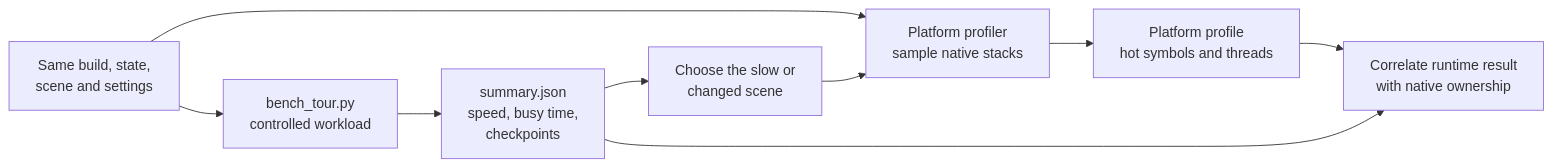
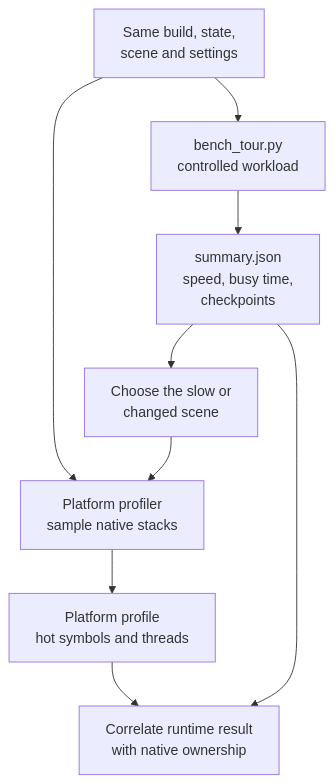
One commit to Aelbannan/boat_of_daphnes changed the second of 5 diagrams in docs/performance/Overview.md. Above: the diagram before and after it, drawn with Mermaid. The commit also changed other lines of this file, not shown here.

Commit message:
docs: prevent performance diagram truncation

````diff
--- a/docs/performance/Overview.md
+++ b/docs/performance/Overview.md
@@ -76,15 +82,23 @@
 ```mermaid
-flowchart LR
-    Inputs["Same build, state,<br/>scene and settings"]
-    Tour["bench_tour.py<br/>controlled workload"]
-    Summary["summary.json<br/>speed, busy time,<br/>checkpoints"]
-    Choose["Choose the slow or<br/>changed scene"]
-    Profile["Platform profiler<br/>sample native stacks"]
-    Hotspots["Platform profile<br/>hot symbols and threads"]
-    Diagnose["Correlate runtime result<br/>with native ownership"]
+flowchart TD
+    Inputs["`Same build, state,
+scene and settings`"]
+    Tour["`bench_tour.py
+controlled workload`"]
+    Summary["`summary.json
+speed, busy time,
+checkpoints`"]
+    Choose["`Choose the slow or
+changed scene`"]
+    Profile["`Platform profiler
+sample native stacks`"]
+    Hotspots["`Platform profile
+hot symbols and threads`"]
+    Diagnose["`Correlate runtime result
+with native ownership`"]
 
     Inputs --> Tour --> Summary --> Choose
     Inputs --> Profile
     Choose --> Profile --> Hotspots --> Diagnose
     Summary --> Diagnose
 ```
````
